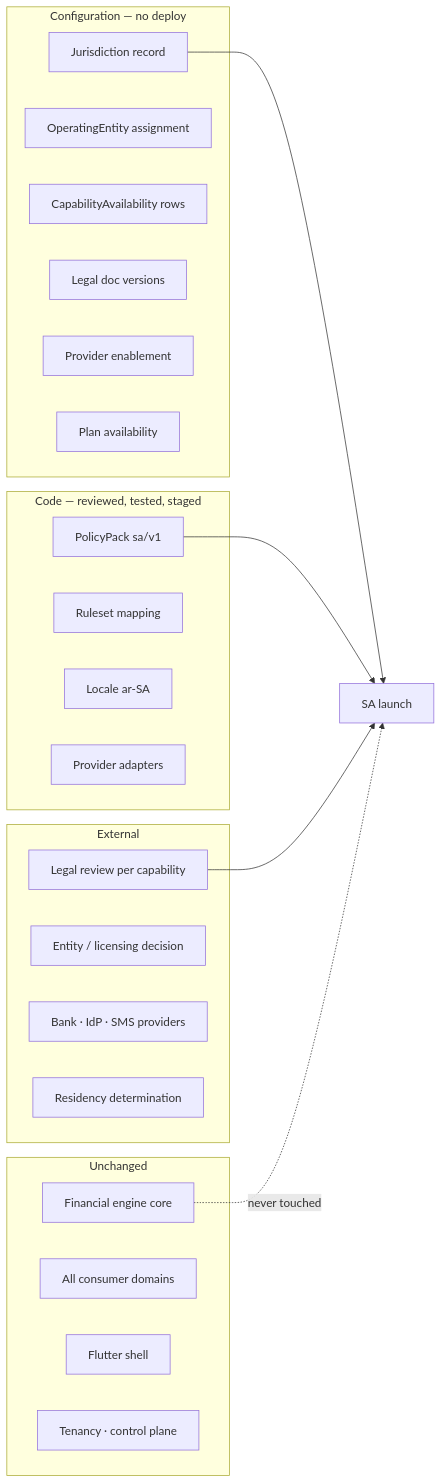
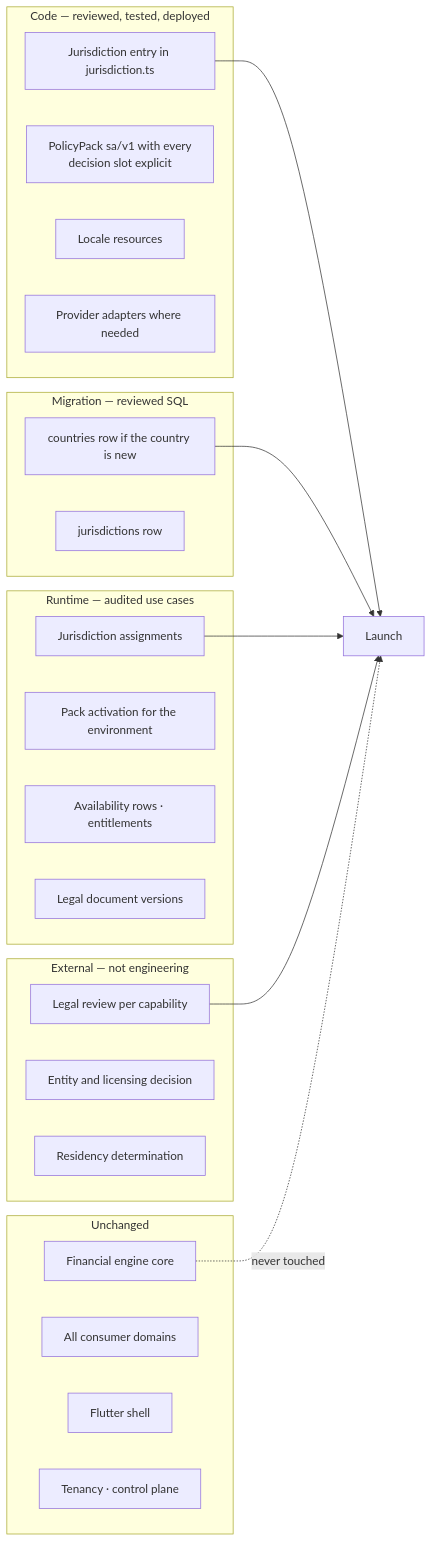
Before and after one commit to MoayadAlobaidi/Karar-Flutter-version: the second of 2 diagrams in docs/architecture/jurisdiction-policy.md, drawn with Mermaid. The commit also changed other lines of this file and 44 other files, not shown here.

````diff
--- a/docs/architecture/jurisdiction-policy.md
+++ b/docs/architecture/jurisdiction-policy.md
@@ -175,33 +291,35 @@
 ```mermaid
 graph LR
-    subgraph "Configuration — no deploy"
-        C1[Jurisdiction record]
-        C2[OperatingEntity assignment]
-        C3[CapabilityAvailability rows]
-        C4[Legal doc versions]
-        C5[Provider enablement]
-        C6[Plan availability]
+    subgraph "Code — reviewed, tested, deployed"
+        D1[Jurisdiction entry in jurisdiction.ts]
+        D2[PolicyPack sa/v1 with every<br/>decision slot explicit]
+        D3[Locale resources]
+        D4[Provider adapters where needed]
     end
-    subgraph "Code — reviewed, tested, staged"
-        D1[PolicyPack sa/v1]
-        D2[Ruleset mapping]
-        D3[Locale ar-SA]
-        D4[Provider adapters]
+    subgraph "Migration — reviewed SQL"
+        M1[countries row if the country is new]
+        M2[jurisdictions row]
     end
-    subgraph "External"
+    subgraph "Runtime — audited use cases"
+        C1[Jurisdiction assignments]
+        C2[Pack activation for the environment]
+        C3[Availability rows · entitlements]
+        C4[Legal document versions]
+    end
+    subgraph "External — not engineering"
         E1[Legal review per capability]
-        E2[Entity / licensing decision]
-        E3[Bank · IdP · SMS providers]
-        E4[Residency determination]
+        E2[Entity and licensing decision]
+        E3[Residency determination]
     end
     subgraph "Unchanged"
         U1[Financial engine core]
         U2[All consumer domains]
         U3[Flutter shell]
         U4[Tenancy · control plane]
     end
-    C1 --> L[SA launch]
-    D1 --> L
+    D1 --> L[Launch]
+    M1 --> L
+    C1 --> L
     E1 --> L
     U1 -.never touched.-> L
 ```
````
